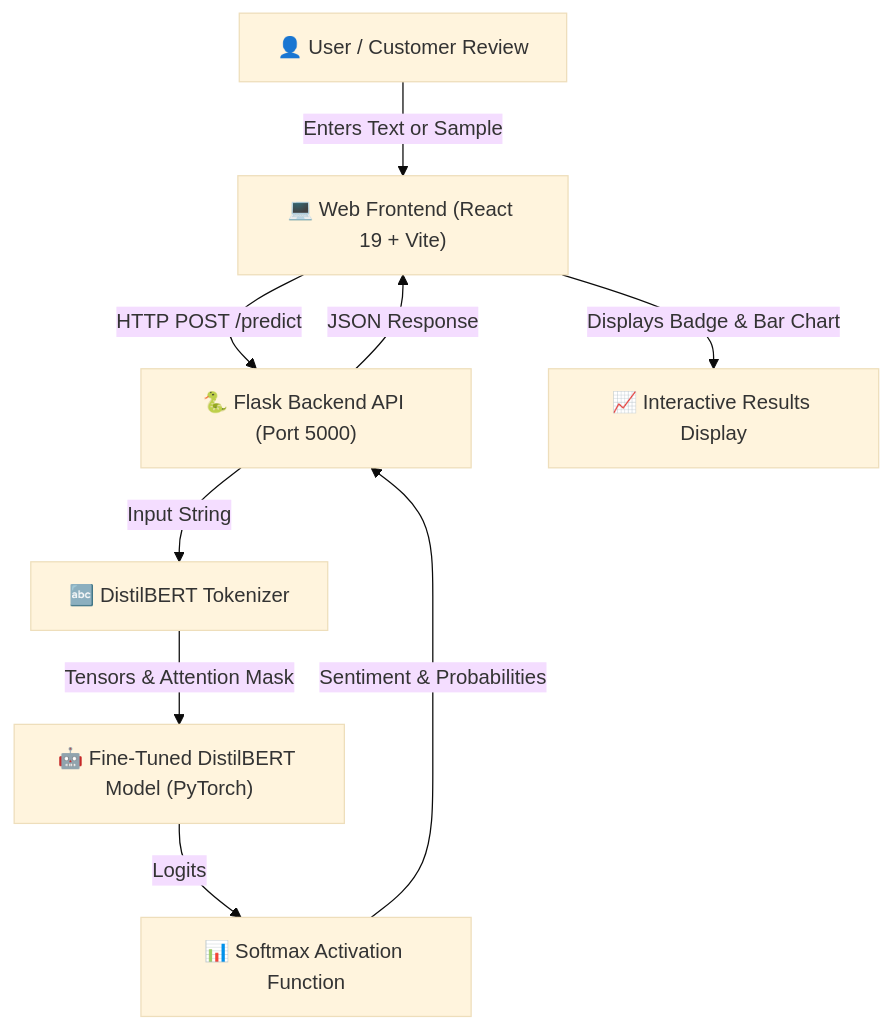
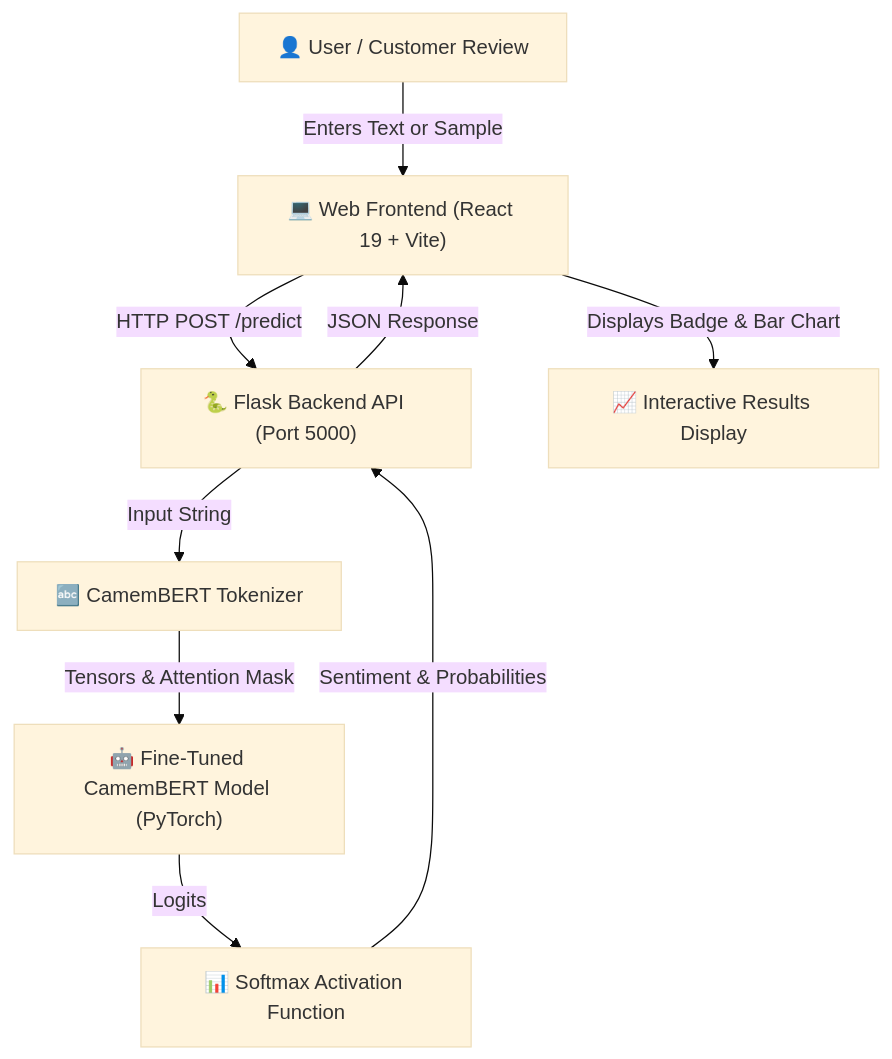
Before and after one commit to feryelifaoui/customer-review-sentiment: the diagram in README.md, drawn with Mermaid (base theme). The commit also changed other lines of this file and 7 other files, not shown here.

````diff
--- a/README.md
+++ b/README.md
@@ -56,11 +58,11 @@
 ```mermaid
 flowchart TD
     A["👤 User / Customer Review"] -->|Enters Text or Sample| B["💻 Web Frontend (React 19 + Vite)"]
     B -->|HTTP POST /predict| C["🐍 Flask Backend API (Port 5000)"]
-    C -->|Input String| D["🔤 DistilBERT Tokenizer"]
-    D -->|Tensors & Attention Mask| E["🤖 Fine-Tuned DistilBERT Model (PyTorch)"]
+    C -->|Input String| D["🔤 CamemBERT Tokenizer"]
+    D -->|Tensors & Attention Mask| E["🤖 Fine-Tuned CamemBERT Model (PyTorch)"]
     E -->|Logits| F["📊 Softmax Activation Function"]
     F -->|Sentiment & Probabilities| C
     C -->|JSON Response| B
     B -->|Displays Badge & Bar Chart| G["📈 Interactive Results Display"]
 ```
````
